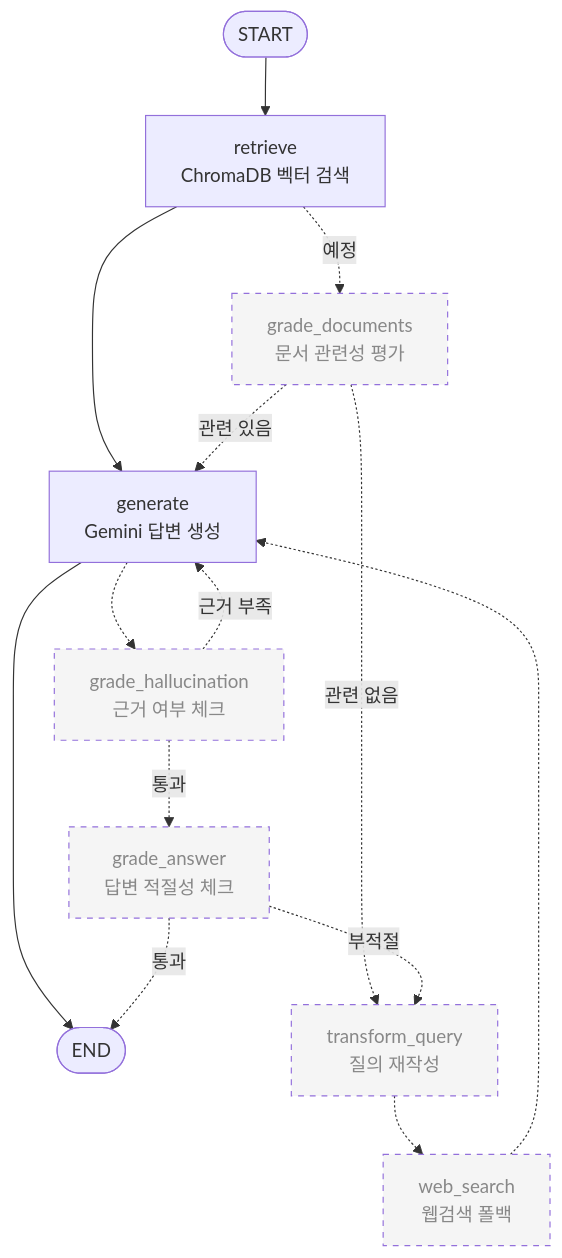
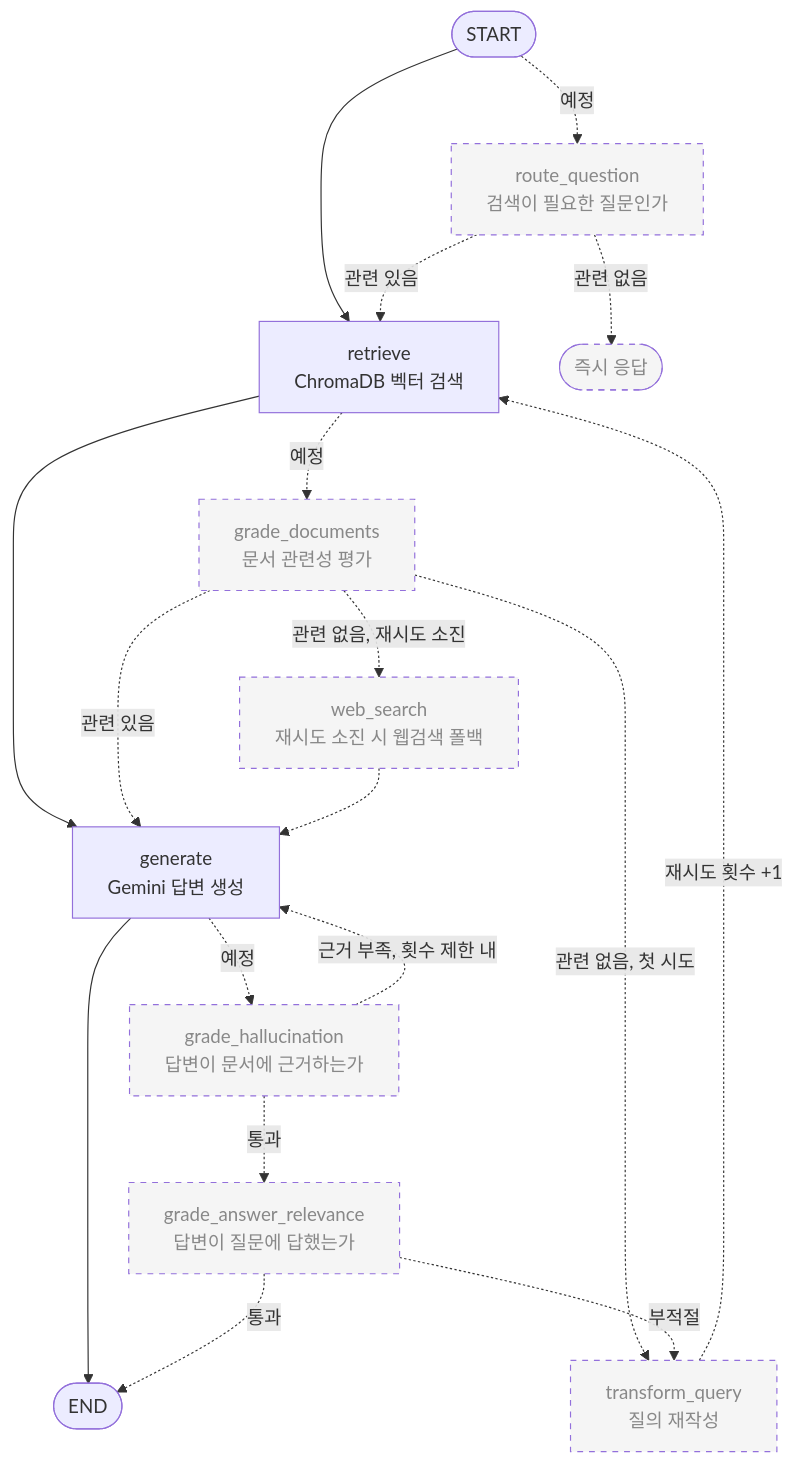
One commit to hochan00/langgraph-agent changed the second of 4 diagrams in README.md. Above: the diagram before and after it, drawn with Mermaid. The commit also changed other lines of this file, not shown here.

Commit message:
docs: README.md 그래프구조 추가

````diff
--- a/README.md
+++ b/README.md
@@ -90,30 +90,36 @@
 ```mermaid
 flowchart TD
-    START([START]) --> retrieve
+    START([START]) -.->|예정| routeQ
+    START --> retrieve
 
+    routeQ["route_question<br/>검색이 필요한 질문인가"]:::planned
     retrieve["retrieve<br/>ChromaDB 벡터 검색"]
+    gradeDoc["grade_documents<br/>문서 관련성 평가"]:::planned
+    transform["transform_query<br/>질의 재작성"]:::planned
+    web["web_search<br/>재시도 소진 시 웹검색 폴백"]:::planned
     generate["generate<br/>Gemini 답변 생성"]
+    gradeHallu["grade_hallucination<br/>답변이 문서에 근거하는가"]:::planned
+    gradeAns["grade_answer_relevance<br/>답변이 질문에 답했는가"]:::planned
+
+    routeQ -.->|관련 없음| directEnd([즉시 응답]):::planned
+    routeQ -.->|관련 있음| retrieve
 
     retrieve --> generate
+    retrieve -.->|예정| gradeDoc
+
+    gradeDoc -.->|관련 있음| generate
+    gradeDoc -.->|관련 없음, 첫 시도| transform
+    gradeDoc -.->|관련 없음, 재시도 소진| web
+    transform -.->|재시도 횟수 +1| retrieve
+    web -.-> generate
+
     generate --> END([END])
+    generate -.->|예정| gradeHallu
 
-    %% 구현 예정 (점선)
-    gradeDoc["grade_documents<br/>문서 관련성 평가"]:::planned
-    transform["transform_query<br/>질의 재작성"]:::planned
-    web["web_search<br/>웹검색 폴백"]:::planned
-    gradeHallu["grade_hallucination<br/>근거 여부 체크"]:::planned
-    gradeAns["grade_answer<br/>답변 적절성 체크"]:::planned
-
-    retrieve -.->|예정| gradeDoc
-    gradeDoc -.->|관련 있음| generate
-    gradeDoc -.->|관련 없음| transform
-    transform -.-> web
-    web -.-> generate
-    generate -.-> gradeHallu
-    gradeHallu -.->|근거 부족| generate
+    gradeHallu -.->|근거 부족, 횟수 제한 내| generate
     gradeHallu -.->|통과| gradeAns
     gradeAns -.->|부적절| transform
     gradeAns -.->|통과| END
 
     classDef planned stroke-dasharray: 5 5,fill:#f5f5f5,color:#888;
 ```
````
